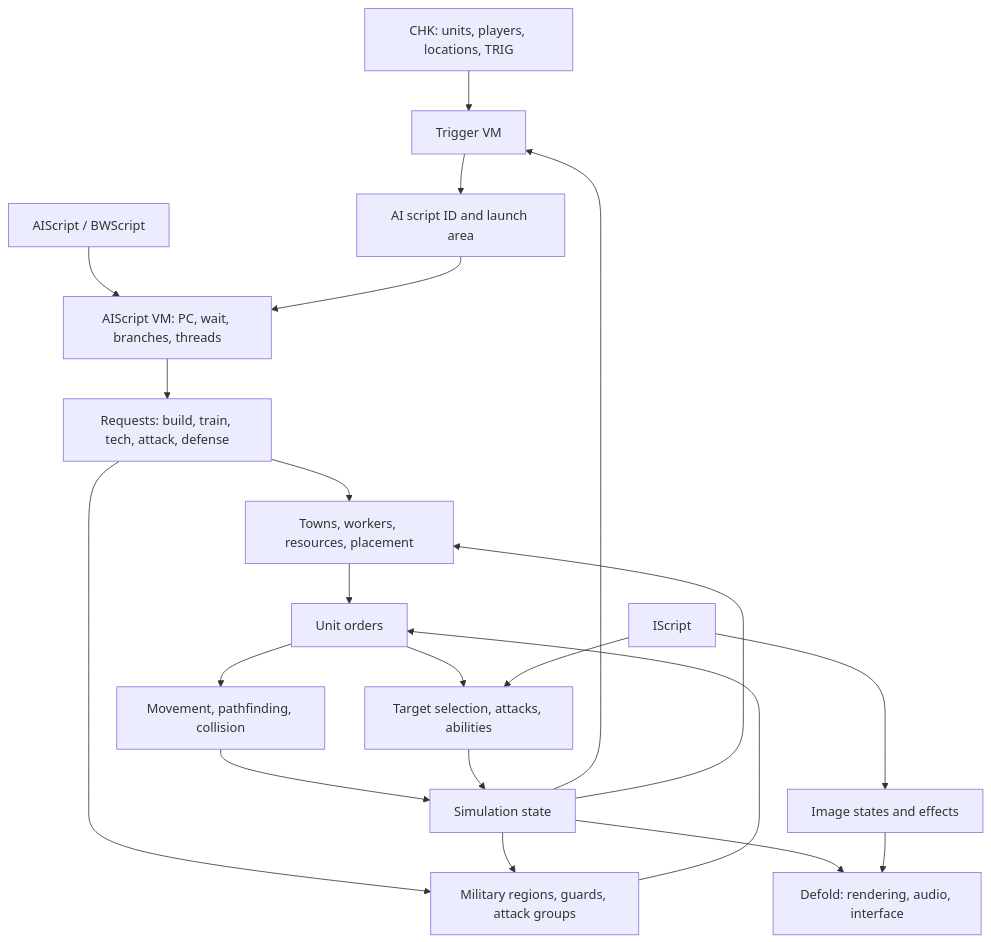
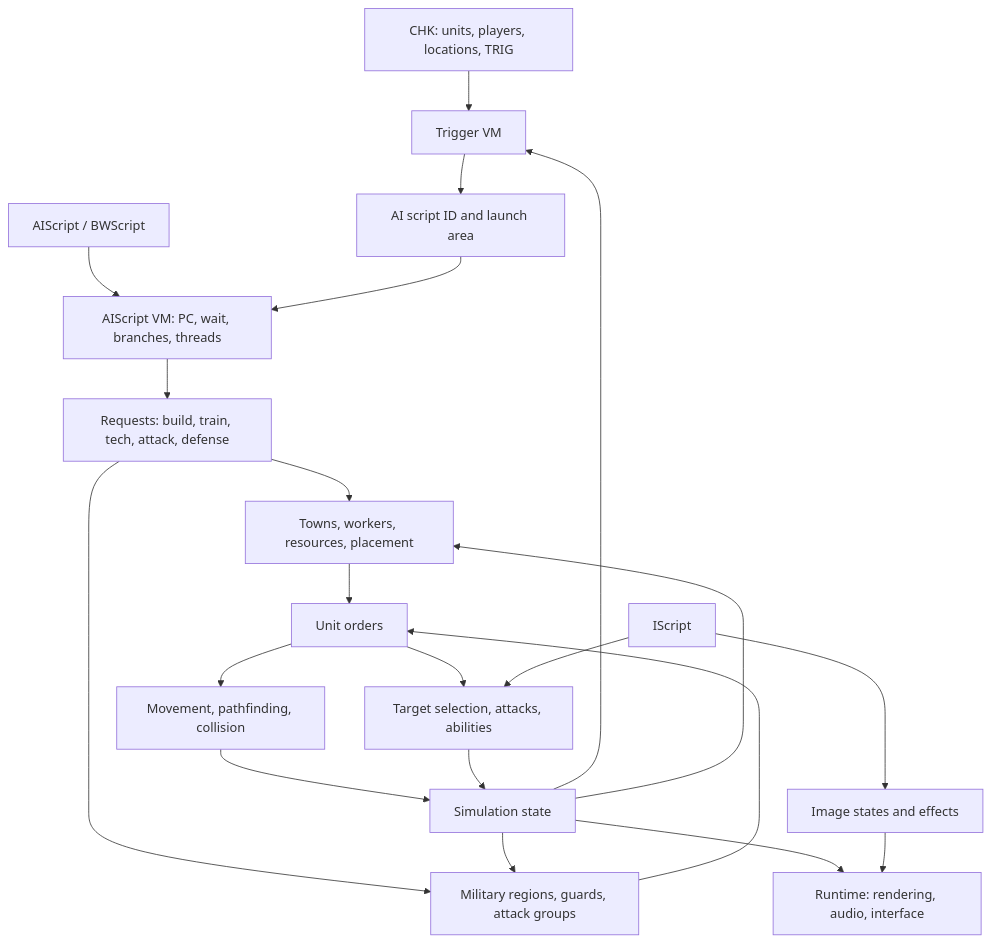
One commit to n0madic/KopruluSector changed the diagram in docs/research/README.md. Above: the diagram before and after it, drawn with Mermaid. The commit also changed other lines of this file and 62 other files, not shown here.

````diff
--- a/docs/research/README.md
+++ b/docs/research/README.md
@@ -170,23 +170,23 @@
 ```mermaid
 flowchart TD
     CHK[CHK: units, players, locations, TRIG] --> TRIG[Trigger VM]
     TRIG --> START[AI script ID and launch area]
     BIN[AIScript / BWScript] --> VM[AIScript VM: PC, wait, branches, threads]
     START --> VM
     VM --> REQUEST[Requests: build, train, tech, attack, defense]
     REQUEST --> TOWN[Towns, workers, resources, placement]
     REQUEST --> MIL[Military regions, guards, attack groups]
     TOWN --> ORD[Unit orders]
     MIL --> ORD
     ORD --> MOV[Movement, pathfinding, collision]
     ORD --> COM[Target selection, attacks, abilities]
     IS[IScript] --> COM
     IS --> IMAGE[Image states and effects]
     MOV --> WORLD[Simulation state]
     COM --> WORLD
     WORLD --> TRIG
     WORLD --> TOWN
     WORLD --> MIL
-    WORLD --> DEF[Defold: rendering, audio, interface]
+    WORLD --> DEF[Runtime: rendering, audio, interface]
     IMAGE --> DEF
 ```
````
